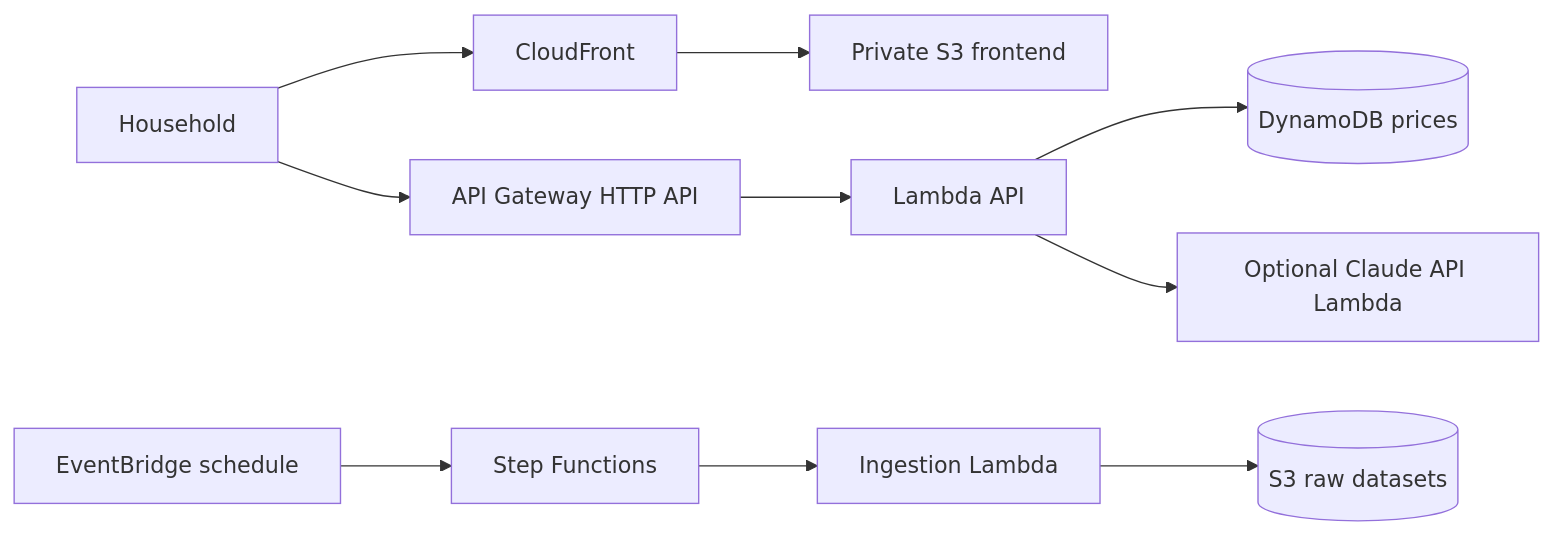
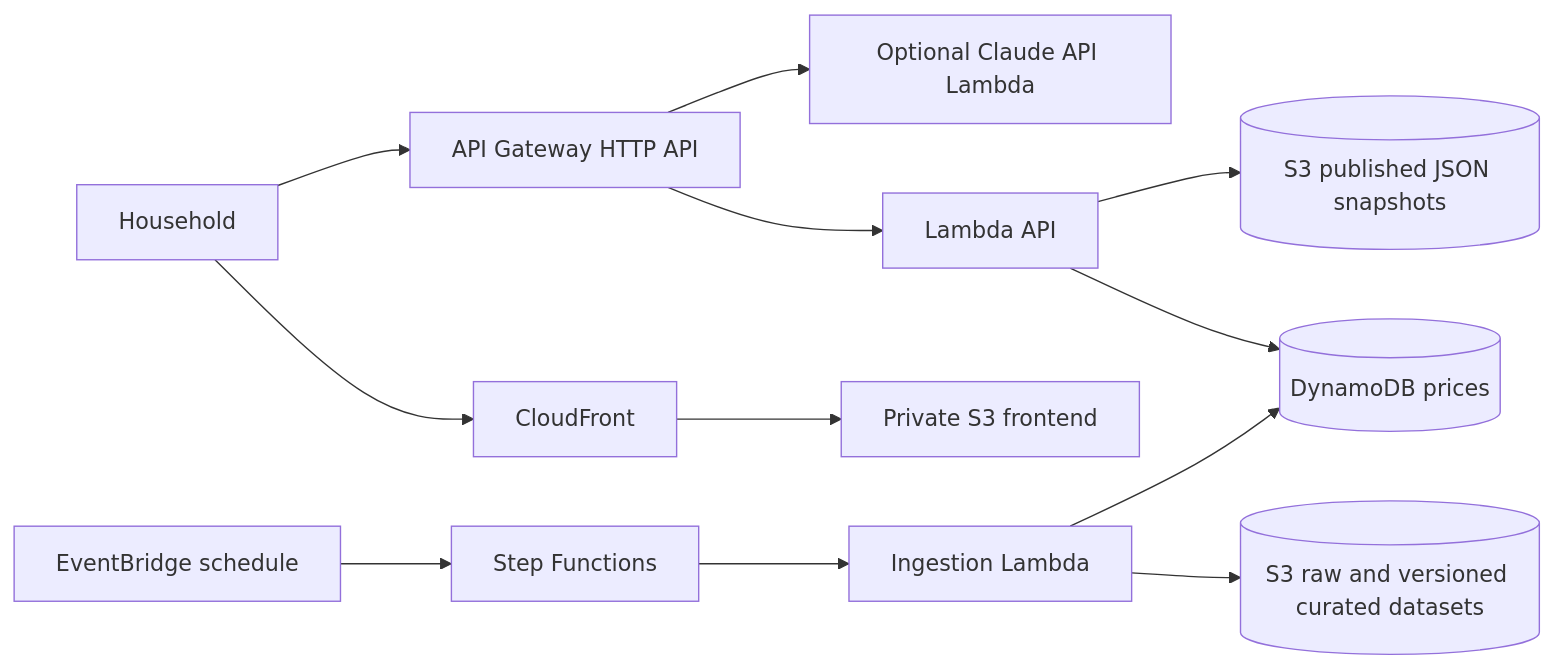
Before and after one commit to sagoyanfisic/aws-tambooh: the first of 4 diagrams in docs/architecture.md, drawn with Mermaid. The commit also changed 48 other files, not shown here.

````diff
--- a/docs/architecture.md
+++ b/docs/architecture.md
@@ -5,8 +5,10 @@
 ```mermaid
 flowchart LR
  U[Household] --> CF[CloudFront] --> FE[Private S3 frontend]
  U --> API[API Gateway HTTP API] --> L[Lambda API] --> D[(DynamoDB prices)]
- L --> B[Optional Claude API Lambda]
+ API --> B[Optional Claude API Lambda]
+ L --> SNAP[(S3 published JSON snapshots)]
  E[EventBridge schedule] --> SF[Step Functions] --> I[Ingestion Lambda]
- I --> S[(S3 raw datasets)]
+ I --> S[(S3 raw and versioned curated datasets)]
+ I --> D
 ```
````
